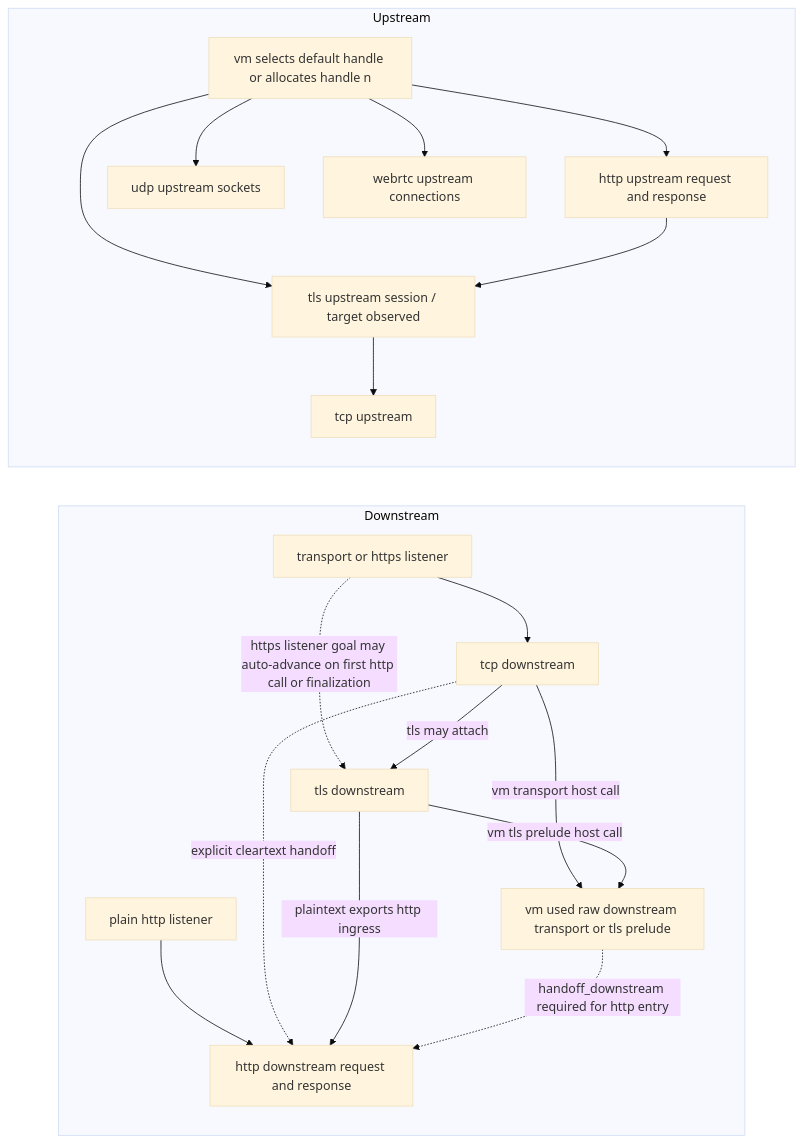
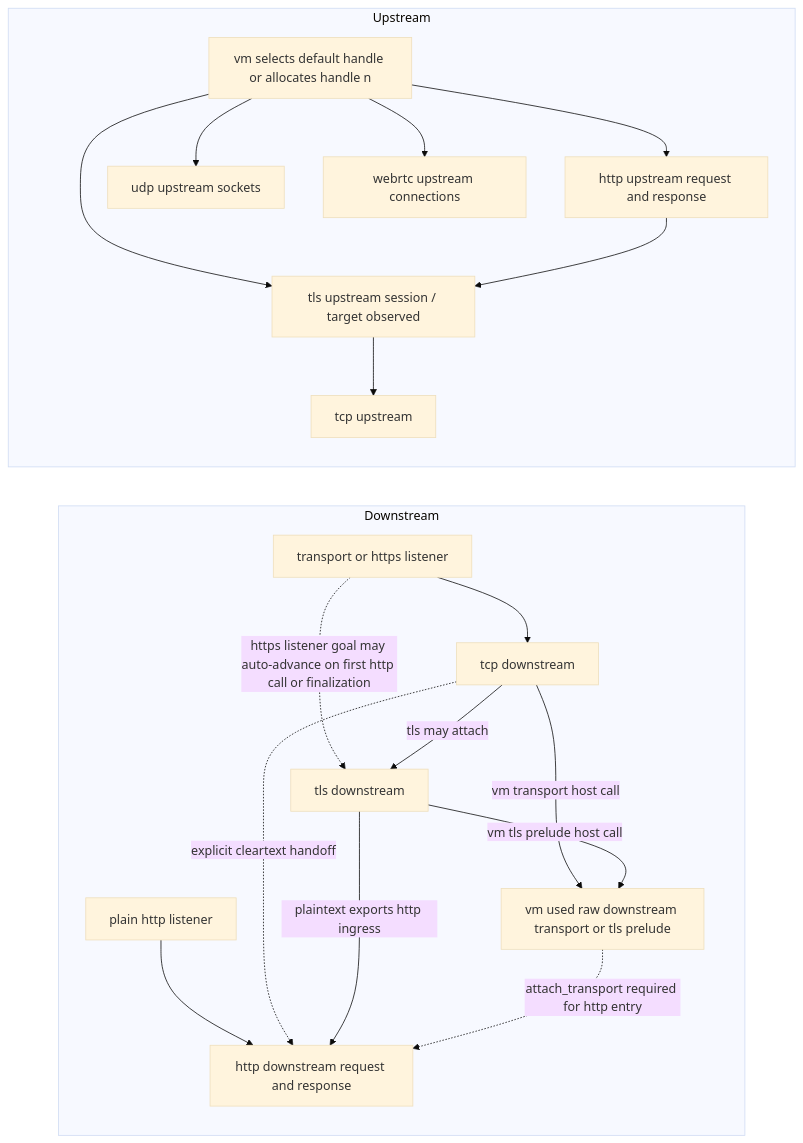
The seventh of 7 diagrams in pd-edge/README.md (rustscript-lang/rustscript), drawn with Mermaid (base theme) before and after one commit. The commit also changed other lines of this file and 34 other files, not shown here.

````diff
--- a/pd-edge/README.md
+++ b/pd-edge/README.md
@@ -666,34 +666,34 @@
 ```mermaid
 flowchart LR
     subgraph Downstream["Downstream"]
         D0["plain http listener"]
         D1["transport or https listener"]
         D2["tcp downstream"]
         D3["vm used raw downstream transport or tls prelude"]
         D4["tls downstream"]
         D5["http downstream request and response"]
         D0 --> D5
         D1 --> D2
         D1 -. https listener goal may auto-advance on first http call or finalization .-> D4
         D2 -->|tls may attach| D4
         D2 -. explicit cleartext handoff .-> D5
         D2 -->|vm transport host call| D3
         D4 -->|plaintext exports http ingress| D5
         D4 -->|vm tls prelude host call| D3
-        D3 -. handoff_downstream required for http entry .-> D5
+        D3 -. attach_transport required for http entry .-> D5
     end
 
     subgraph Upstream["Upstream"]
         U0["vm selects default handle or allocates handle n"]
         U3["http upstream request and response"]
         U2["tls upstream session / target observed"]
         U1["tcp upstream"]
         UU["udp upstream sockets"]
         UW["webrtc upstream connections"]
         U0 --> U3
         U0 --> U2
         U0 --> UU
         U0 --> UW
         U3 --> U2 --> U1
     end
 ```
````
